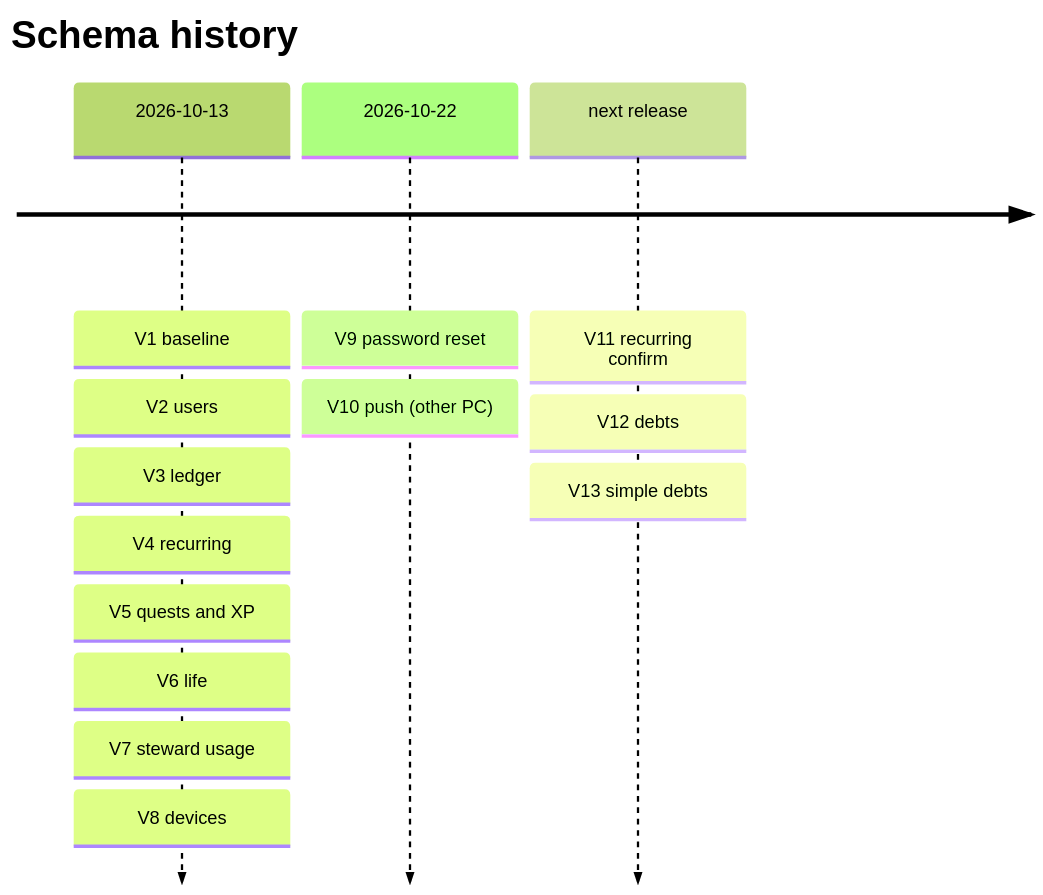
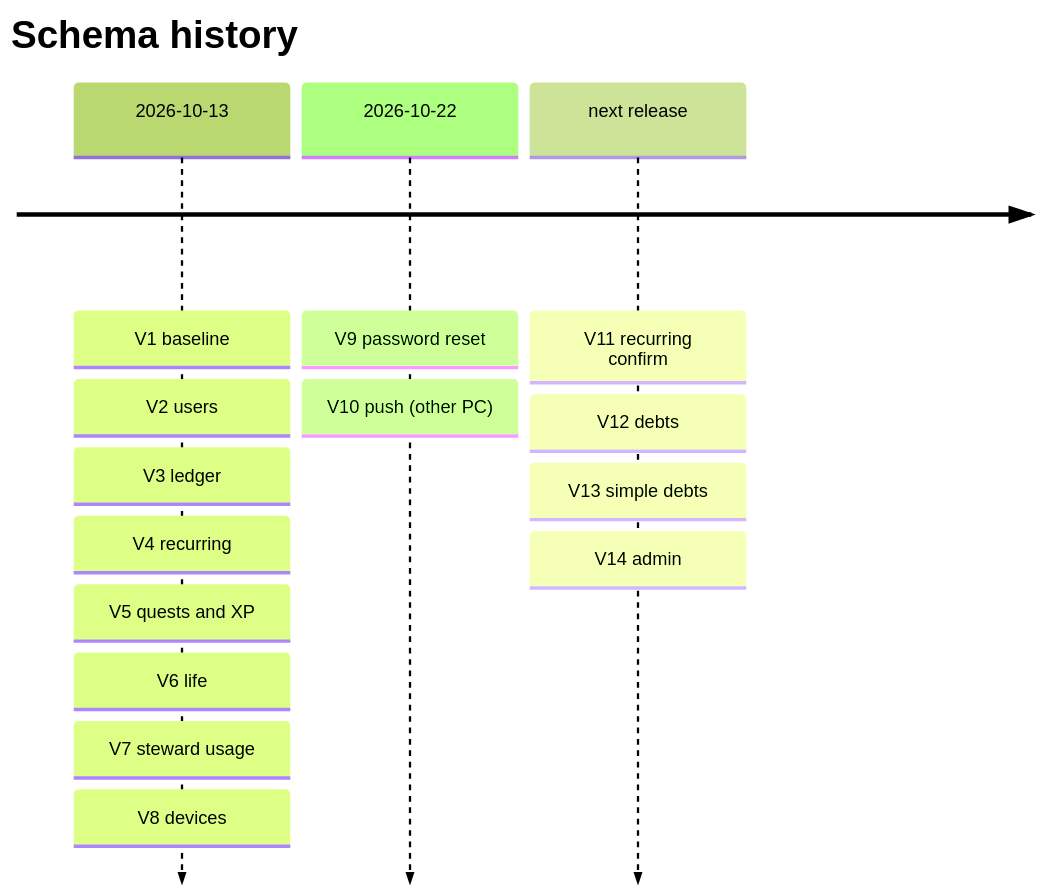
Before and after one commit to Morker/krugworld: the first of 6 diagrams in docs/DATABASE.md, drawn with Mermaid (forest theme). The commit also changed other lines of this file and 4 other files, not shown here.

````diff
--- a/docs/DATABASE.md
+++ b/docs/DATABASE.md
@@ -41,7 +44,7 @@
 ```mermaid
 timeline
     title Schema history
     2026-10-13 : V1 baseline : V2 users : V3 ledger : V4 recurring : V5 quests and XP : V6 life : V7 steward usage : V8 devices
     2026-10-22 : V9 password reset : V10 push (other PC)
-    next release : V11 recurring confirm : V12 debts : V13 simple debts
+    next release : V11 recurring confirm : V12 debts : V13 simple debts : V14 admin
 ```
````
